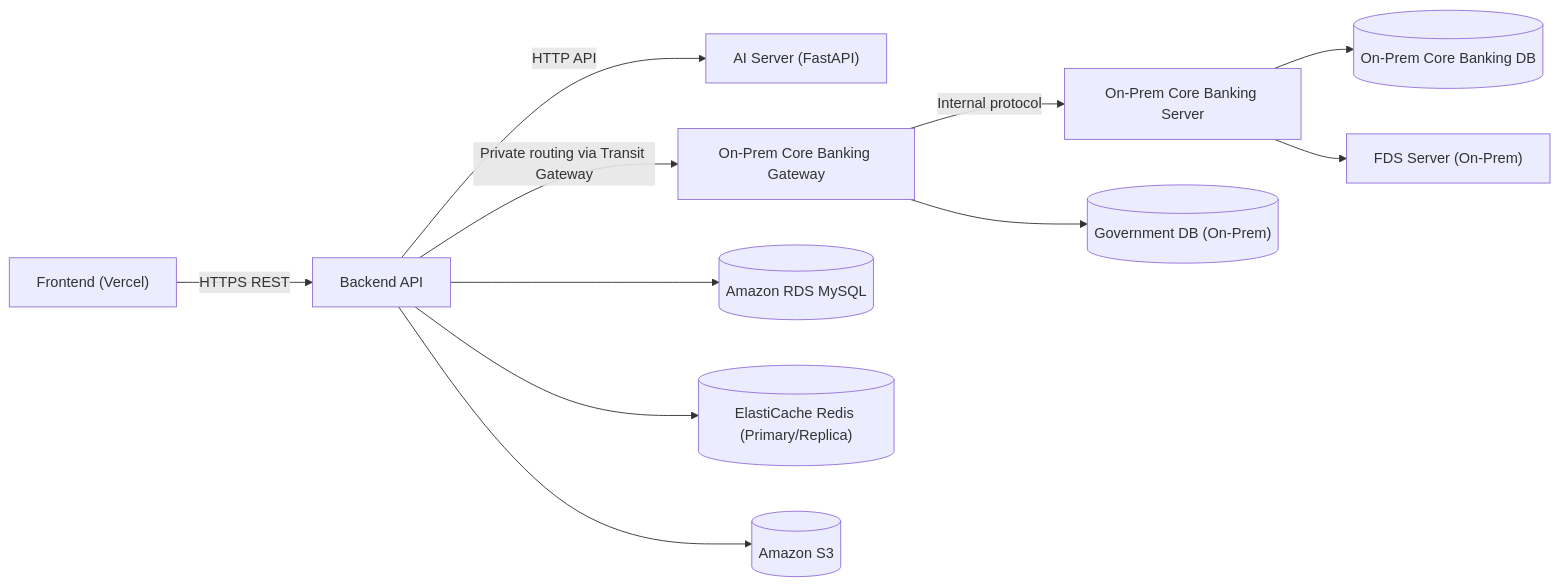
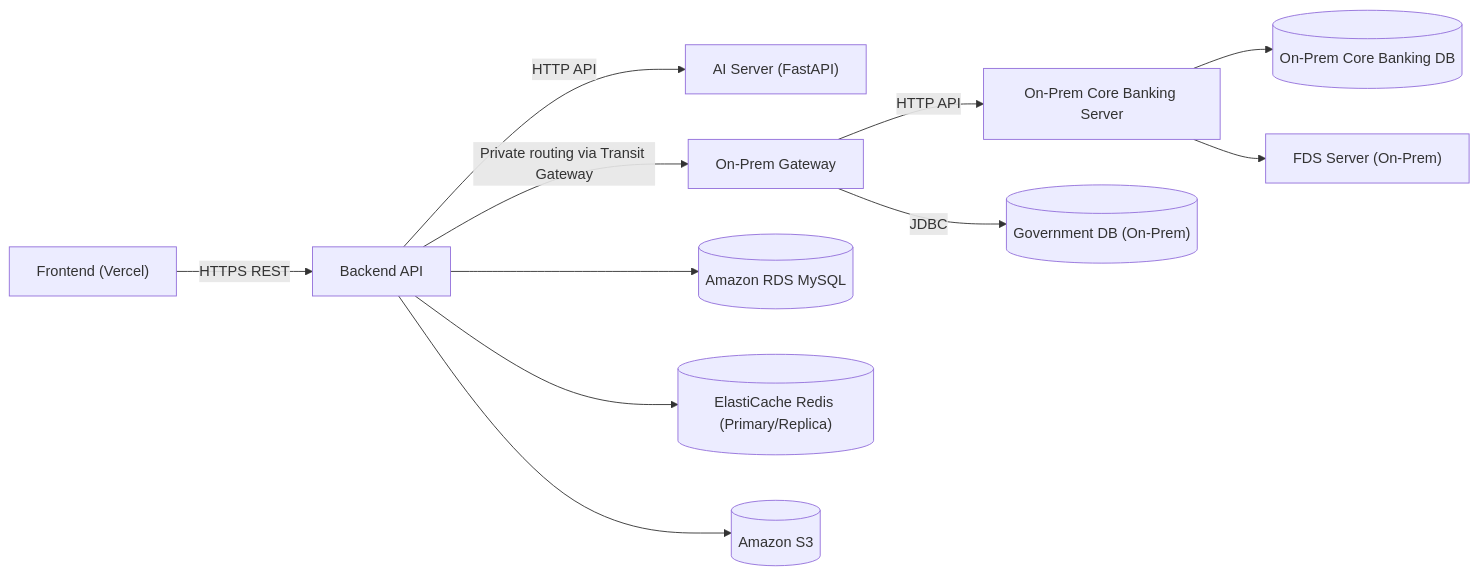
One commit to jaepar/NOVA changed the second of 4 diagrams in AGENTS.md. Above: the diagram before and after it, drawn with Mermaid. The commit also changed other lines of this file, not shown here.

````diff
--- a/AGENTS.md
+++ b/AGENTS.md
@@ -19,14 +21,14 @@
 ```mermaid
 flowchart LR
     FE["Frontend (Vercel)"] -->|"HTTPS REST"| BE["Backend API"]
     BE -->|"HTTP API"| AI["AI Server (FastAPI)"]
-    BE -->|"Private routing via Transit Gateway"| CBG["On-Prem Core Banking Gateway"]
-    CBG -->|"Internal protocol"| CBS["On-Prem Core Banking Server"]
+    BE -->|"Private routing via Transit Gateway"| CBG["On-Prem Gateway"]
+    CBG -->|"HTTP API"| CBS["On-Prem Core Banking Server"]
     CBS --> CBD[("On-Prem Core Banking DB")]
 
     BE --> RDS[("Amazon RDS MySQL")]
     BE --> Redis[("ElastiCache Redis (Primary/Replica)")]
     BE --> S3[("Amazon S3")]
-    CBG --> Gov[("Government DB (On-Prem)")]
+    CBG -->|"JDBC"| Gov[("Government DB (On-Prem)")]
     CBS --> FDS["FDS Server (On-Prem)"]
 ```
````
